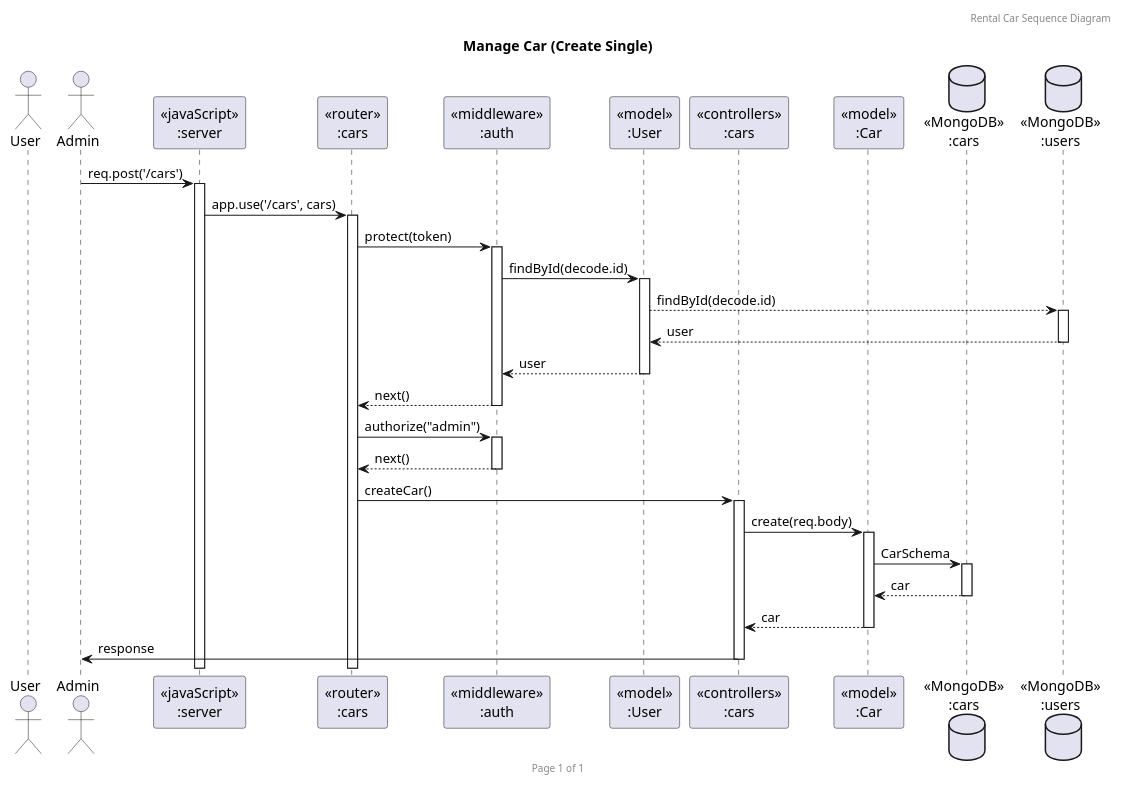
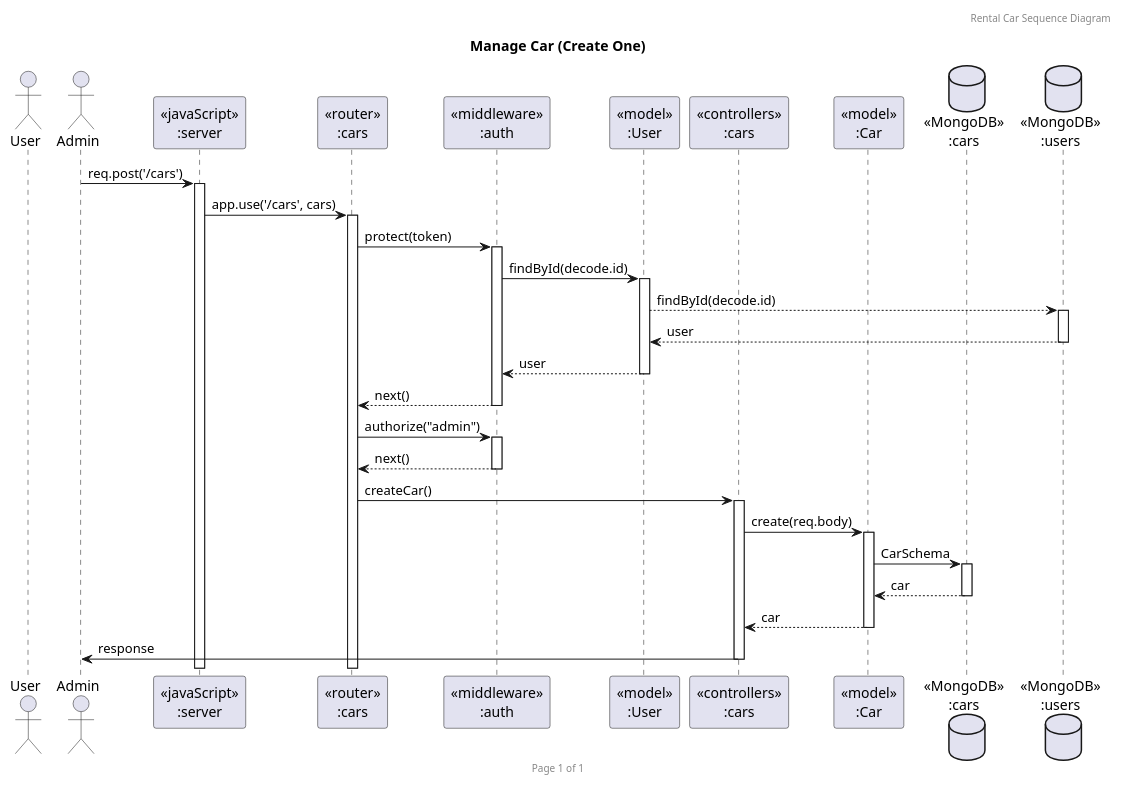
Before and after one commit to tahphalat/Backend-for-fe-project: the diagram in documents/Sequence/Cars/3CreateOneCar.puml, drawn with PlantUML. The commit also changed 1 other file, not shown here.

Commit message:
satang make plantuml naming consistent across all files

```diff
--- a/documents/Sequence/Cars/3CreateOneCar.puml
+++ b/documents/Sequence/Cars/3CreateOneCar.puml
@@ -1,46 +1,46 @@
-@startuml Manage Car (Create Single)
+@startuml Manage Car (Create One)
 
 header Rental Car Sequence Diagram
 footer Page %page% of %lastpage%
-title "Manage Car (Create Single)"
+title "Manage Car (Create One)"
 
 ' --------------------------------------------------------------------
 actor "User" as user
 actor "Admin" as admin
 participant "<<javaScript>>\n:server" as server
 participant "<<router>>\n:cars" as routerCars
 participant "<<middleware>>\n:auth" as middlewareAuth
 participant "<<model>>\n:User" as modelUser
 participant "<<controllers>>\n:cars" as controllersCars
 participant "<<model>>\n:Car" as modelCars
 database "<<MongoDB>>\n:cars" as CarsDatabase
 database "<<MongoDB>>\n:users" as UsersDatabase
 
 ' --------------------------------------------------------------------
 admin -> server ++: req.post('/cars')
 
 server -> routerCars ++: app.use('/cars', cars)
 routerCars ->middlewareAuth ++: protect(token)
 middlewareAuth -> modelUser ++: findById(decode.id)
 modelUser --> UsersDatabase ++: findById(decode.id)
 modelUser <-- UsersDatabase --: user
 
 middlewareAuth <-- modelUser --:user
 
 routerCars <-- middlewareAuth --: next()
 
 
 routerCars -> middlewareAuth ++: authorize("admin")
 routerCars <-- middlewareAuth --: next()
 
 routerCars -> controllersCars ++: createCar()
 
 controllersCars -> modelCars ++: create(req.body)
 
 modelCars -> CarsDatabase ++: CarSchema
 CarsDatabase --> modelCars --: car
 controllersCars <-- modelCars --: car
 controllersCars -> admin --: response
 
 ' --------------------------------------------------------------------
 @enduml
```
